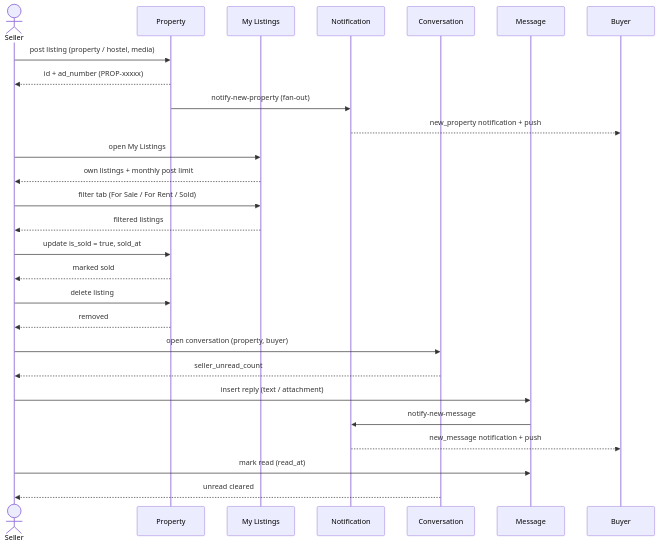
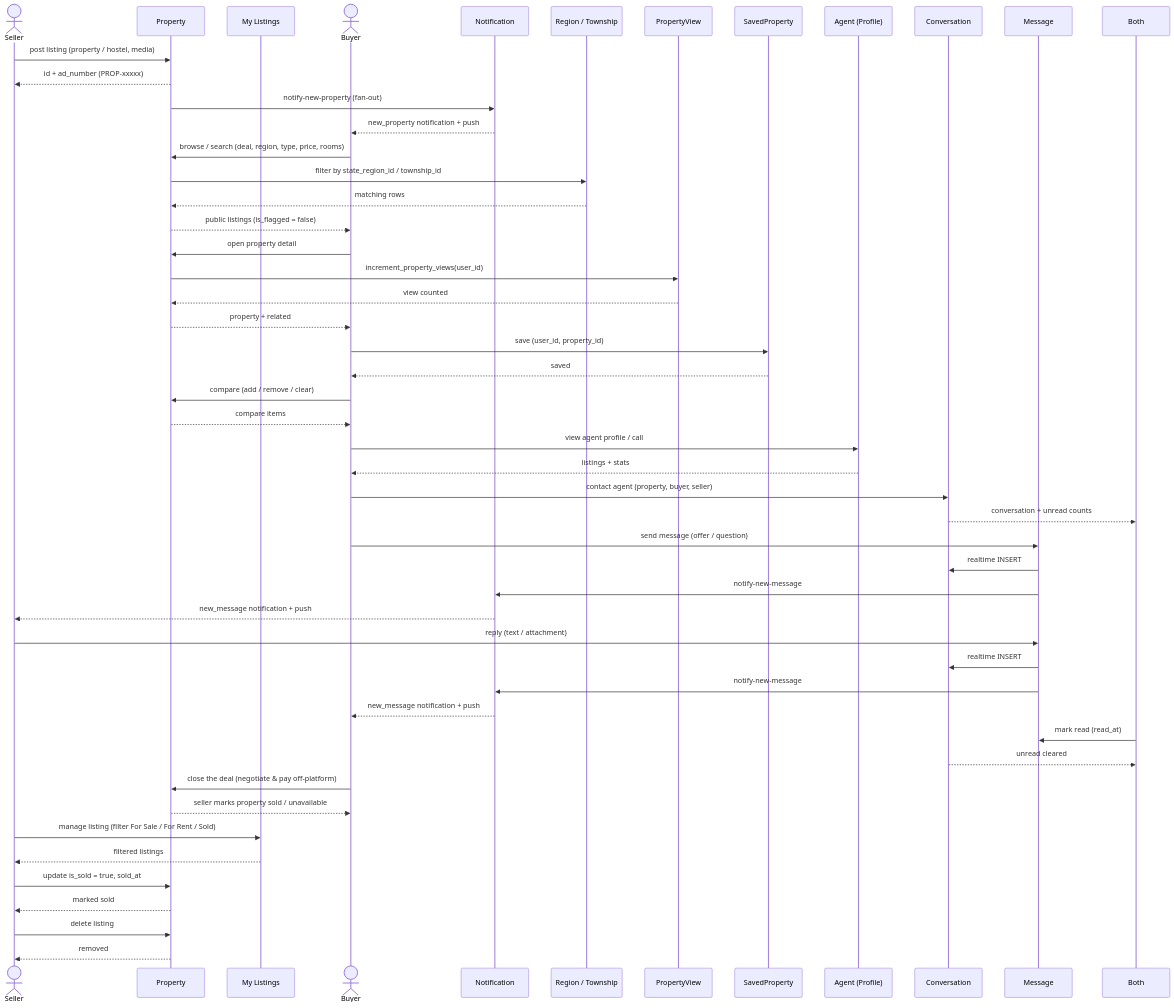
One commit to phyothant-dev/nestfinder changed the diagram in docs/diagrams/sequence-seller.mmd. Above: the diagram before and after it, drawn with Mermaid. The commit also changed 2 other files, not shown here.

Commit message:
Merge buyer and seller processes into single sequence diagram

```diff
--- a/docs/diagrams/sequence-seller.mmd
+++ b/docs/diagrams/sequence-seller.mmd
@@ -1,28 +1,54 @@
 sequenceDiagram
     actor Seller
     participant P as Property
     participant L as My Listings
+    actor Buyer
     participant N as Notification
+    participant R as Region / Township
+    participant V as PropertyView
+    participant SP as SavedProperty
+    participant A as Agent (Profile)
     participant C as Conversation
     participant M as Message
-    participant B as Buyer
 
     Seller->>P: post listing (property / hostel, media)
     P-->>Seller: id + ad_number (PROP-xxxxx)
     P->>N: notify-new-property (fan-out)
-    N-->>B: new_property notification + push
-    Seller->>L: open My Listings
-    L-->>Seller: own listings + monthly post limit
-    Seller->>L: filter tab (For Sale / For Rent / Sold)
+    N-->>Buyer: new_property notification + push
+
+    Buyer->>P: browse / search (deal, region, type, price, rooms)
+    P->>R: filter by state_region_id / township_id
+    R-->>P: matching rows
+    P-->>Buyer: public listings (is_flagged = false)
+    Buyer->>P: open property detail
+    P->>V: increment_property_views(user_id)
+    V-->>P: view counted
+    P-->>Buyer: property + related
+    Buyer->>SP: save (user_id, property_id)
+    SP-->>Buyer: saved
+    Buyer->>P: compare (add / remove / clear)
+    P-->>Buyer: compare items
+    Buyer->>A: view agent profile / call
+    A-->>Buyer: listings + stats
+
+    Buyer->>C: contact agent (property, buyer, seller)
+    C-->>Both: conversation + unread counts
+    Buyer->>M: send message (offer / question)
+    M->>C: realtime INSERT
+    M->>N: notify-new-message
+    N-->>Seller: new_message notification + push
+    Seller->>M: reply (text / attachment)
+    M->>C: realtime INSERT
+    M->>N: notify-new-message
+    N-->>Buyer: new_message notification + push
+    Both->>M: mark read (read_at)
+    C-->>Both: unread cleared
+
+    Buyer->>P: close the deal (negotiate & pay off-platform)
+    P-->>Buyer: seller marks property sold / unavailable
+    Seller->>L: manage listing (filter For Sale / For Rent / Sold)
     L-->>Seller: filtered listings
     Seller->>P: update is_sold = true, sold_at
     P-->>Seller: marked sold
     Seller->>P: delete listing
     P-->>Seller: removed
-    Seller->>C: open conversation (property, buyer)
-    C-->>Seller: seller_unread_count
-    Seller->>M: insert reply (text / attachment)
-    M->>N: notify-new-message
-    N-->>B: new_message notification + push
-    Seller->>M: mark read (read_at)
-    C-->>Seller: unread cleared
```
